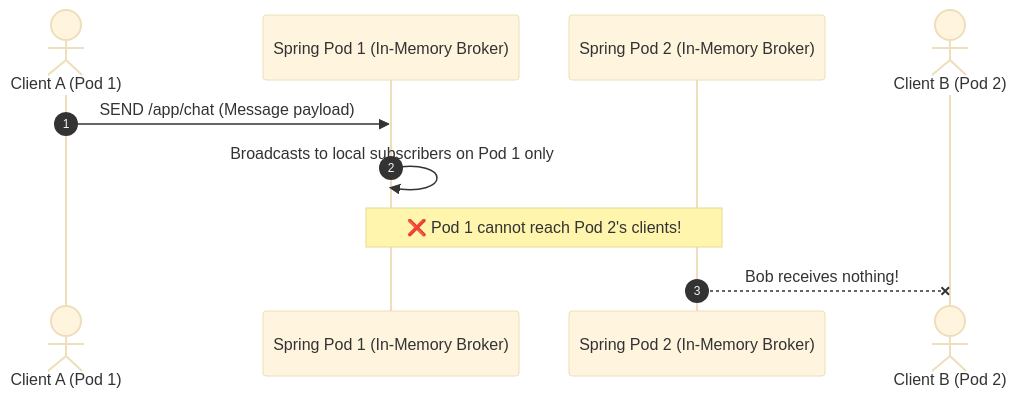
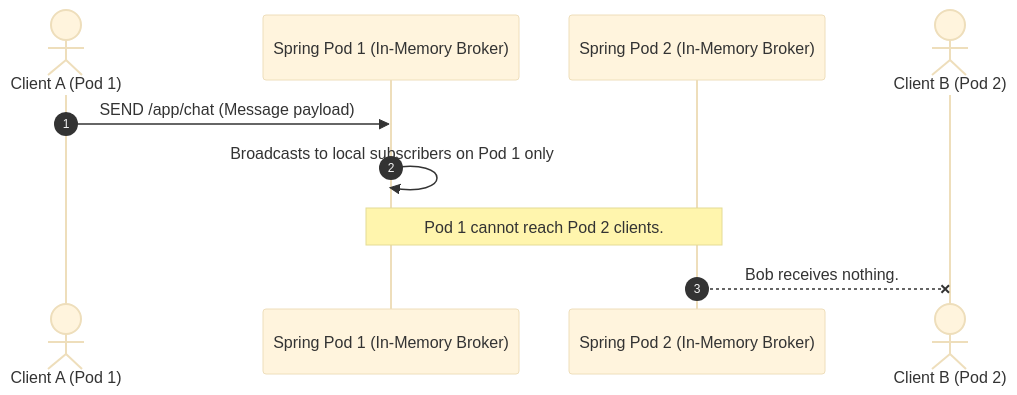
Before and after one commit to Rohit1024/spring-boot-mastery: the third of 3 diagrams in docs/debugging/graphql-n-plus-1-grpc-and-websocket-broker-pitfalls.md, drawn with Mermaid (base theme). The commit also changed other lines of this file and 117 other files, not shown here.

````diff
--- a/docs/debugging/graphql-n-plus-1-grpc-and-websocket-broker-pitfalls.md
+++ b/docs/debugging/graphql-n-plus-1-grpc-and-websocket-broker-pitfalls.md
@@ -108,13 +108,13 @@
 ``` mermaid
 sequenceDiagram
     autonumber
     actor Alice as Client A (Pod 1)
     participant Pod1 as Spring Pod 1 (In-Memory Broker)
     participant Pod2 as Spring Pod 2 (In-Memory Broker)
     actor Bob as Client B (Pod 2)
 
     Alice->>Pod1: SEND /app/chat (Message payload)
     Pod1->>Pod1: Broadcasts to local subscribers on Pod 1 only
-    Note over Pod1,Pod2: ❌ Pod 1 cannot reach Pod 2's clients!
-    Pod2--xBob: Bob receives nothing!
+    Note over Pod1,Pod2: Pod 1 cannot reach Pod 2 clients.
+    Pod2--xBob: Bob receives nothing.
 ```
````
